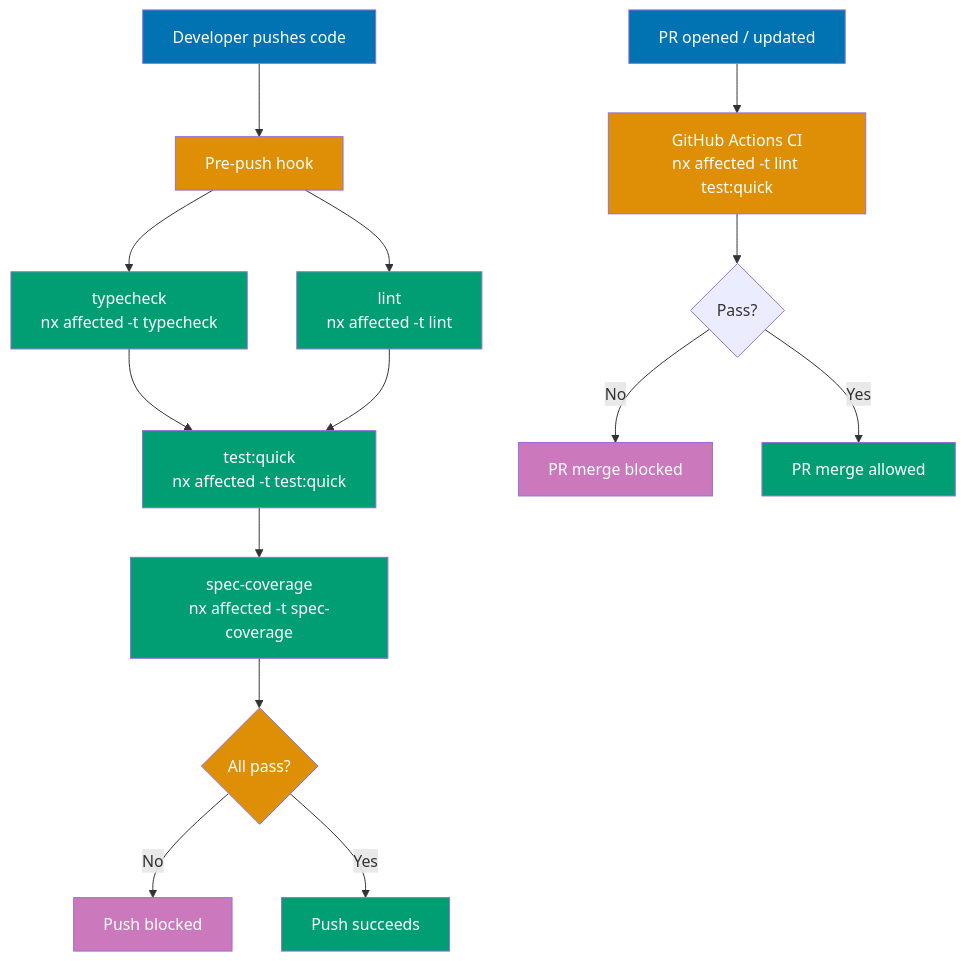
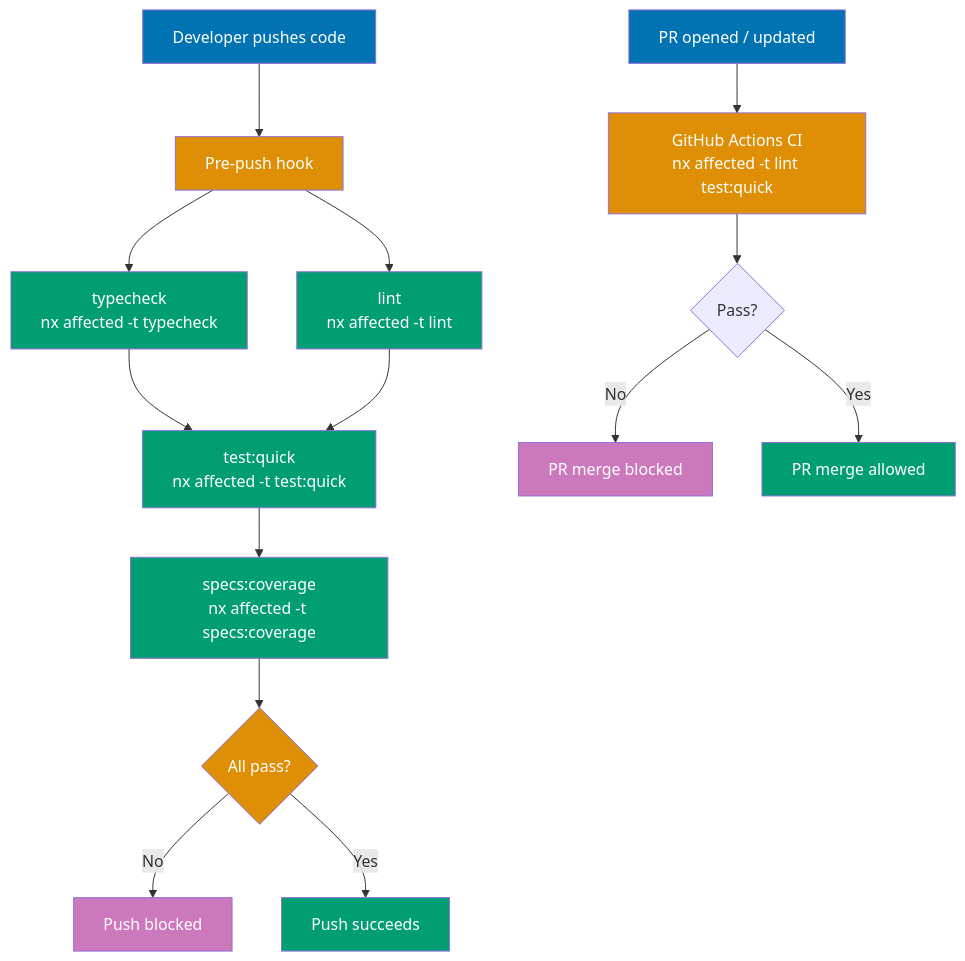
The first of 2 diagrams in repo-governance/development/infra/nx-targets.md (wahidyankf/baseerah), drawn with Mermaid before and after one commit. The commit also changed other lines of this file and 45 other files, not shown here.

````diff
--- a/repo-governance/development/infra/nx-targets.md
+++ b/repo-governance/development/infra/nx-targets.md
@@ -26,31 +26,31 @@
 ```mermaid
 flowchart TD
     A[Developer pushes code] --> B[Pre-push hook]
     B --> C["typecheck<br/>nx affected -t typecheck"]
     B --> D["lint<br/>nx affected -t lint"]
     C --> E["test:quick<br/>nx affected -t test:quick"]
     D --> E
-    E --> SC["spec-coverage<br/>nx affected -t spec-coverage"]
+    E --> SC["specs:coverage<br/>nx affected -t specs:coverage"]
     SC --> F{All pass?}
     F -- No --> G[Push blocked]
     F -- Yes --> H[Push succeeds]
 
     P[PR opened / updated] --> Q["GitHub Actions CI<br/>nx affected -t lint test:quick"]
     Q --> R{Pass?}
     R -- No --> S[PR merge blocked]
     R -- Yes --> T[PR merge allowed]
 
     style A fill:#0173B2,color:#fff
     style B fill:#DE8F05,color:#fff
     style C fill:#029E73,color:#fff
     style D fill:#029E73,color:#fff
     style E fill:#029E73,color:#fff
     style SC fill:#029E73,color:#fff
     style F fill:#DE8F05,color:#fff
     style G fill:#CC78BC,color:#fff
     style H fill:#029E73,color:#fff
     style P fill:#0173B2,color:#fff
     style Q fill:#DE8F05,color:#fff
     style S fill:#CC78BC,color:#fff
     style T fill:#029E73,color:#fff
 ```
````
